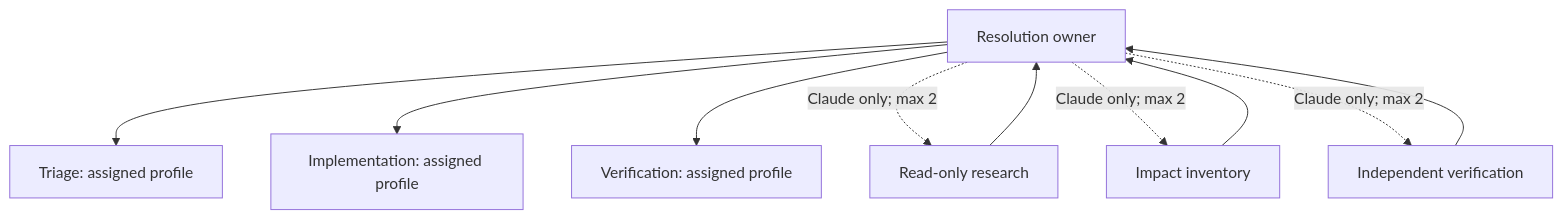
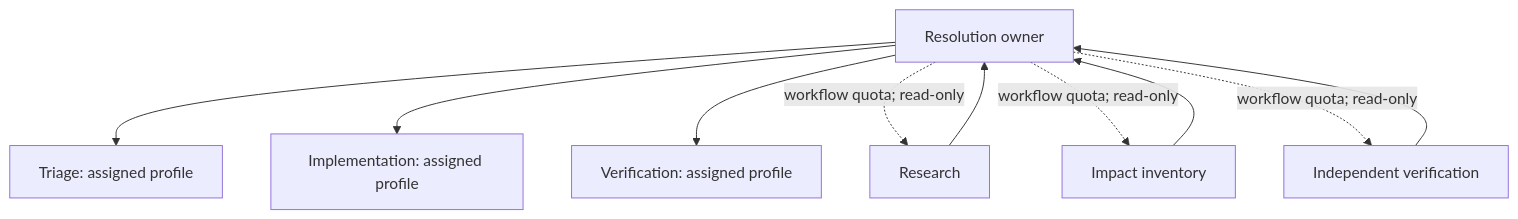
The first of 2 diagrams in docs/product/04-delegation-and-teams.md (JhonaCodes/keel-ui), drawn with Mermaid before and after one commit. The commit also changed other lines of this file and 178 other files, not shown here.

````diff
--- a/docs/product/04-delegation-and-teams.md
+++ b/docs/product/04-delegation-and-teams.md
@@ -12,12 +12,12 @@
 ```mermaid
 flowchart TD
   O[Resolution owner] --> N1[Triage: assigned profile]
   O --> N2[Implementation: assigned profile]
   O --> N3[Verification: assigned profile]
-  O -.Claude only; max 2.-> R[Read-only research]
-  O -.Claude only; max 2.-> I[Impact inventory]
-  O -.Claude only; max 2.-> V[Independent verification]
+  O -.workflow quota; read-only.-> R[Research]
+  O -.workflow quota; read-only.-> I[Impact inventory]
+  O -.workflow quota; read-only.-> V[Independent verification]
   R --> O
   I --> O
   V --> O
 ```
````
